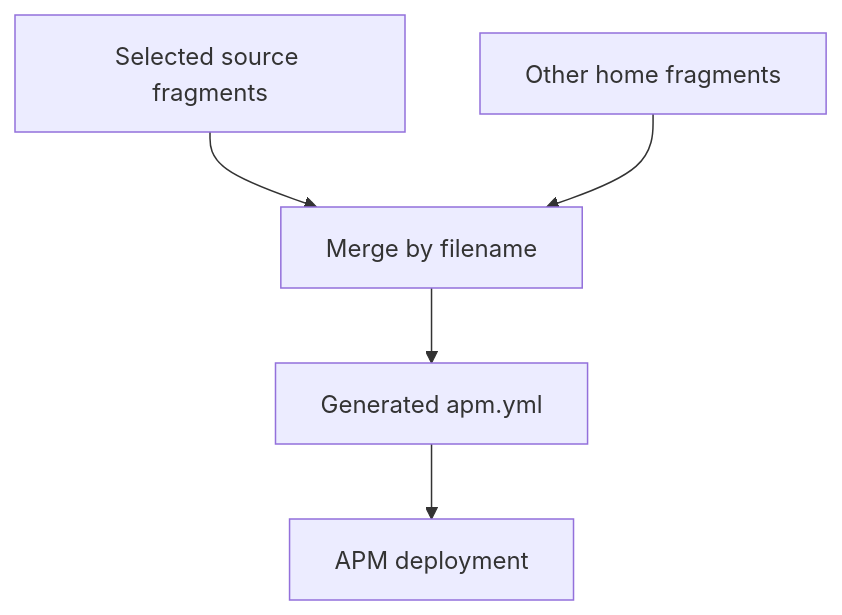
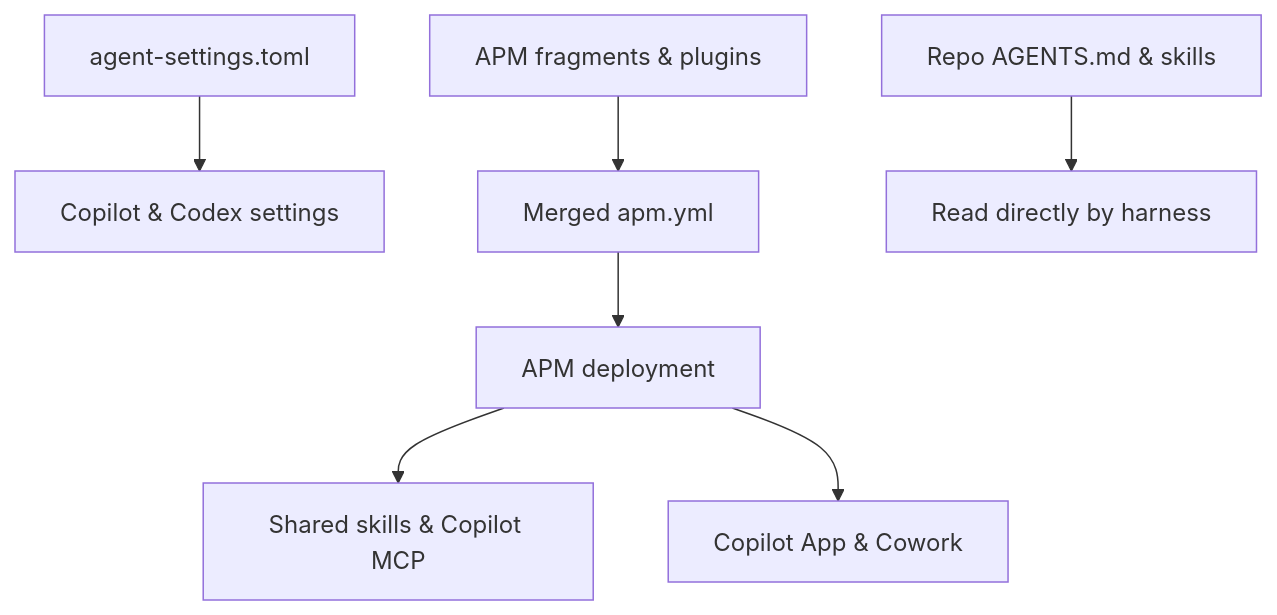
Before and after one commit to sneivandt/dotfiles: the diagram in docs/content/guides/agent-configuration.md, drawn with Mermaid. The commit also changed other lines of this file, not shown here.

Commit message:
Improve agent configuration guide for new readers

````diff
--- a/docs/content/guides/agent-configuration.md
+++ b/docs/content/guides/agent-configuration.md
@@ -260,9 +38,11 @@
 ```mermaid
 flowchart TB
-    accTitle: From configuration fragments to agent deployment
-    accDescr: Selected managed sources and unmanaged home fragments merge by filename into a generated apm.yml manifest, which APM uses for deployment.
-    Sources["Selected source fragments"] --> Merge["Merge by filename"]
-    Home["Other home fragments"] --> Merge
-    Merge --> Manifest["Generated apm.yml"]
-    Manifest --> APM["APM deployment"]
+    accTitle: How agent configuration flows from sources to harnesses
+    accDescr: Declared preferences update Copilot and Codex settings files directly. Selected APM fragments merge into one manifest that APM deploys to shared skills, Copilot MCP, and detected Copilot App or Cowork integrations. Each repository supplies its own AGENTS.md and .agents/skills directly.
+    Prefs["agent-settings.toml"] --> Settings["Copilot & Codex settings"]
+    Frags["APM fragments & plugins"] --> Merge["Merged apm.yml"]
+    Merge --> APM["APM deployment"]
+    APM --> Skills["Shared skills & Copilot MCP"]
+    APM --> Detected["Copilot App & Cowork"]
+    Repo["Repo AGENTS.md & skills"] --> Harness["Read directly by harness"]
 ```
````
